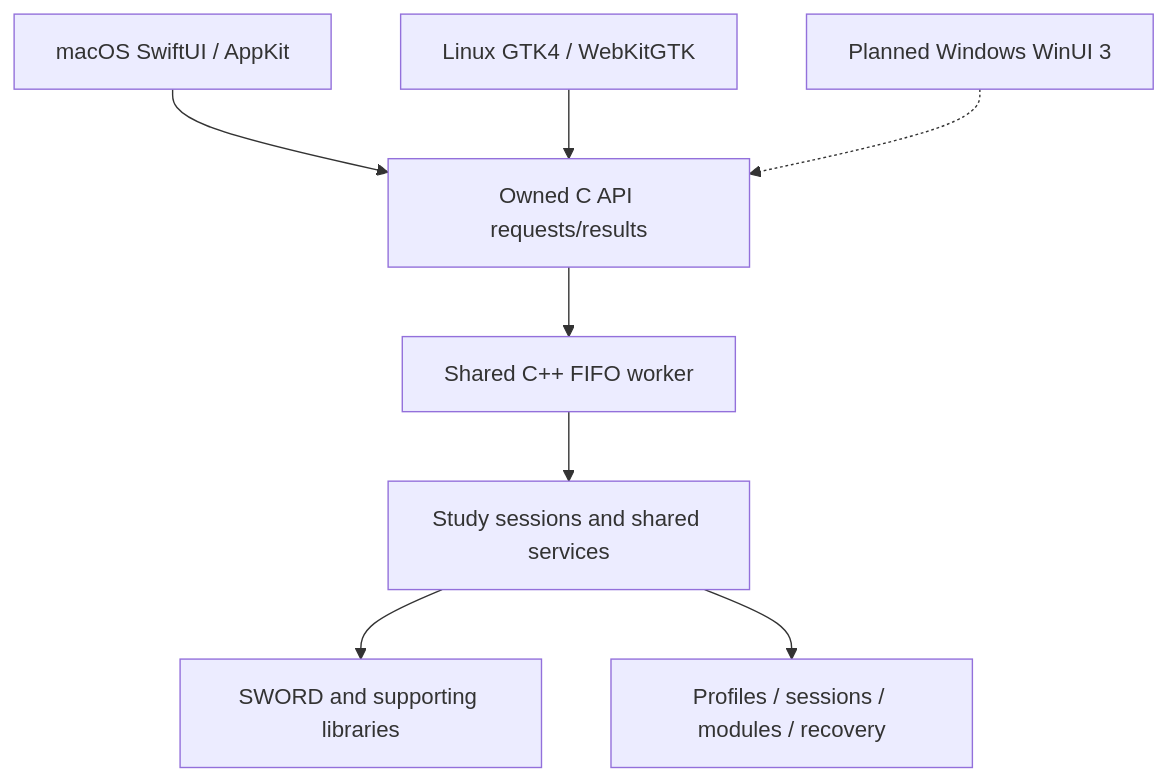
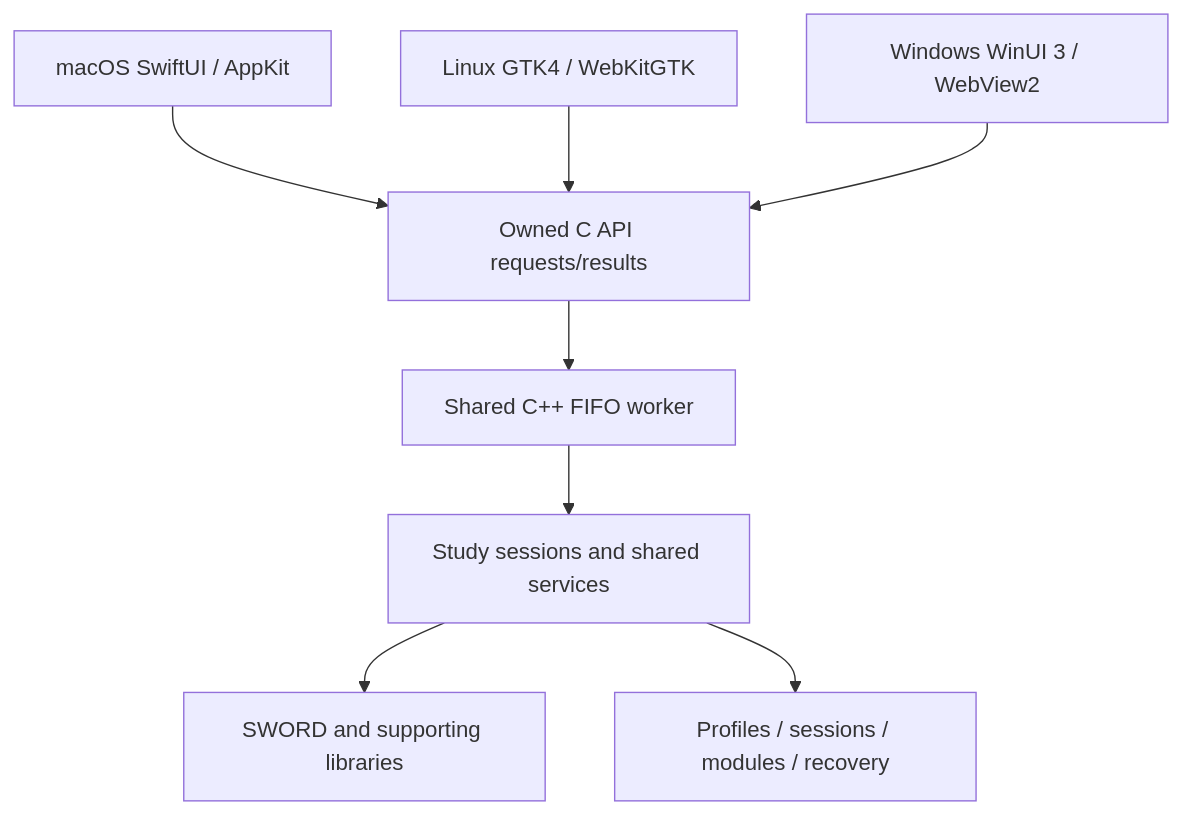
One commit to orbeavers14/xiphos changed the diagram in doc/modernization/architecture.md. Above: the diagram before and after it, drawn with Mermaid. The commit also changed other lines of this file and 11 other files, not shown here.

````diff
--- a/doc/modernization/architecture.md
+++ b/doc/modernization/architecture.md
@@ -6,17 +6,17 @@
 ```mermaid
 flowchart TB
   Mac[macOS SwiftUI / AppKit]
   Linux[Linux GTK4 / WebKitGTK]
-  Windows[Planned Windows WinUI 3]
+  Windows[Windows WinUI 3 / WebView2]
   ABI[Owned C API requests/results]
   Worker[Shared C++ FIFO worker]
   Services[Study sessions and shared services]
   SDK[SWORD and supporting libraries]
   Storage[Profiles / sessions / modules / recovery]
   Mac --> ABI
   Linux --> ABI
-  Windows -.-> ABI
+  Windows --> ABI
   ABI --> Worker --> Services
   Services --> SDK
   Services --> Storage
 ```
````
